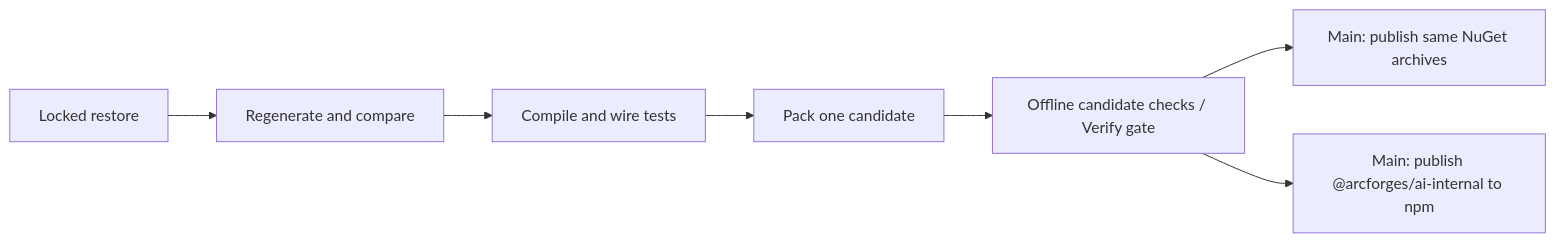
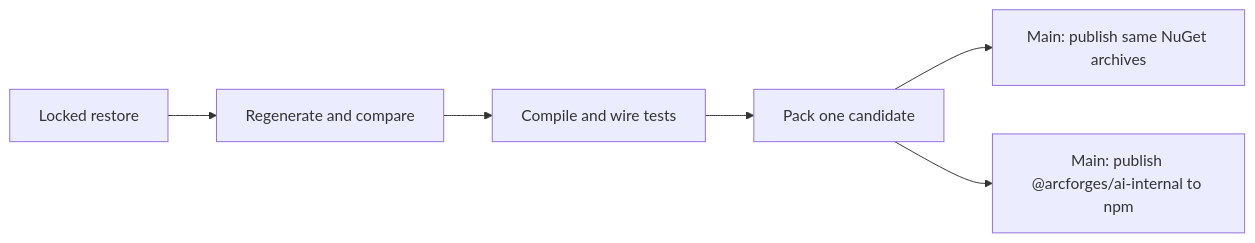
One commit to ArcForges/Contracts changed the diagram in README.md. Above: the diagram before and after it, drawn with Mermaid. The commit also changed other lines of this file and 3 other files, not shown here.

````diff
--- a/README.md
+++ b/README.md
@@ -102,9 +102,8 @@
 ```mermaid
 flowchart LR
   A[Locked restore] --> B[Regenerate and compare]
   B --> C[Compile and wire tests]
   C --> D[Pack one candidate]
-  D --> G[Offline candidate checks / Verify gate]
-  G --> H[Main: publish same NuGet archives]
-  G --> I[Main: publish @arcforges/ai-internal to npm]
+  D --> H[Main: publish same NuGet archives]
+  D --> I[Main: publish @arcforges/ai-internal to npm]
 ```
````
